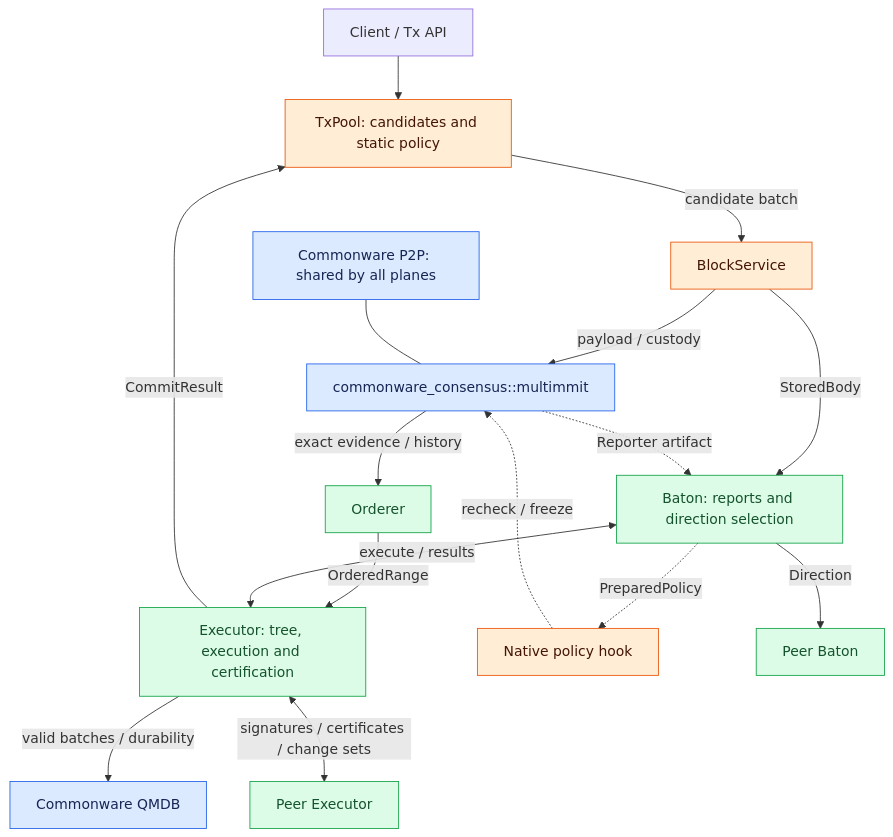
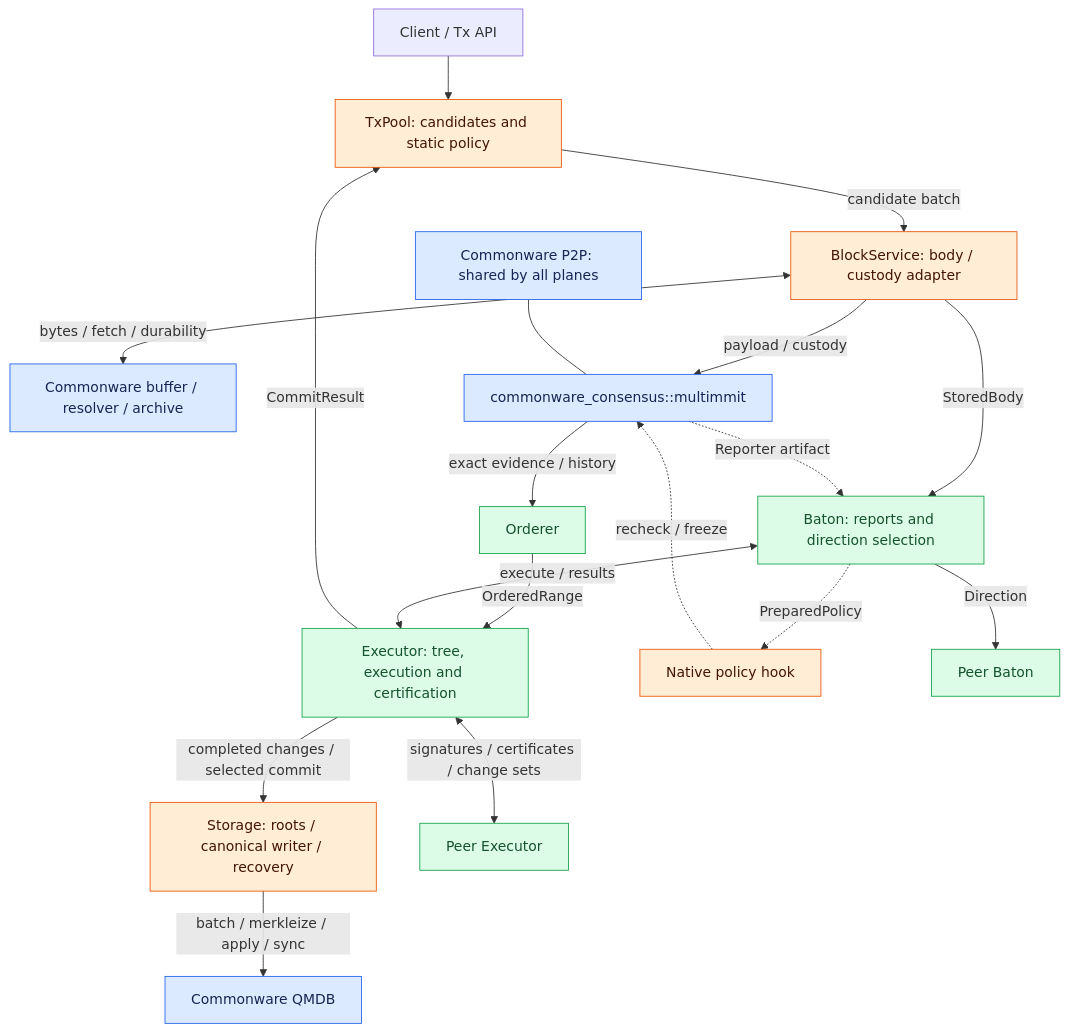
The diagram in docs/overview/architecture.md (djm07073/baton-research), drawn with Mermaid before and after one commit. The commit also changed other lines of this file and 405 other files, not shown here.

Commit message:
Document real-chain Commonware reuse and execution storage boundaries

````diff
--- a/docs/overview/architecture.md
+++ b/docs/overview/architecture.md
@@ -11,24 +11,26 @@
 ```mermaid
 flowchart TB
     C[Client / Tx API] --> T[TxPool: candidates and static policy]
-    T -->|candidate batch| B[BlockService]
+    T -->|candidate batch| B[BlockService: body / custody adapter]
+    B <-->|bytes / fetch / durability| BP[Commonware buffer / resolver / archive]
     B -->|payload / custody| N[commonware_consensus::multimmit]
     N -->|exact evidence / history| M[Orderer]
     B -->|StoredBody| O[Baton: reports and direction selection]
     N -. Reporter artifact .-> O
     M -->|OrderedRange| E
     O -. PreparedPolicy .-> H[Native policy hook]
     H -. recheck / freeze .-> N
     O -->|Direction| PE[Peer Baton]
     O <-->|execute / results| E[Executor: tree, execution and certification]
-    E -->|valid batches / durability| S[Commonware QMDB]
+    E -->|completed changes / selected commit| S[Storage: roots / canonical writer / recovery]
+    S -->|batch / merkleize / apply / sync| Q[Commonware QMDB]
     E <-->|signatures / certificates / change sets| V[Peer Executor]
     E -->|CommitResult| T
     NET[Commonware P2P: shared by all planes] --- N
     classDef reuse fill:#dbeafe,stroke:#2563eb,color:#172554;
     classDef adapt fill:#ffedd5,stroke:#ea580c,color:#431407;
     classDef new fill:#dcfce7,stroke:#16a34a,color:#14532d;
-    class N,NET,S reuse;
-    class T,B,H adapt;
+    class N,NET,BP,Q reuse;
+    class T,B,H,S adapt;
     class M,O,PE,E,V new;
 ```
````
